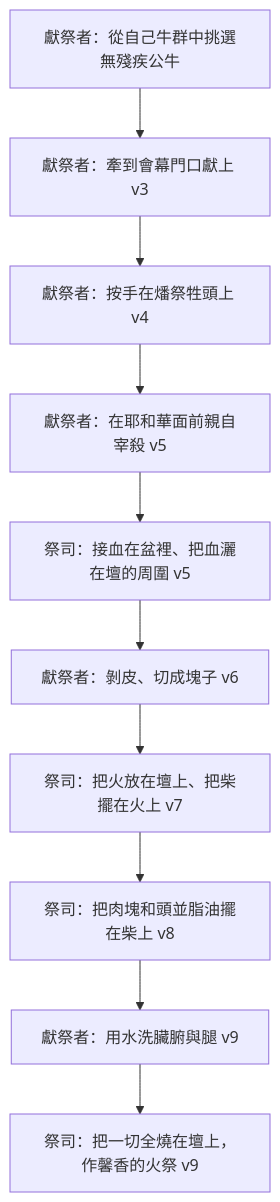
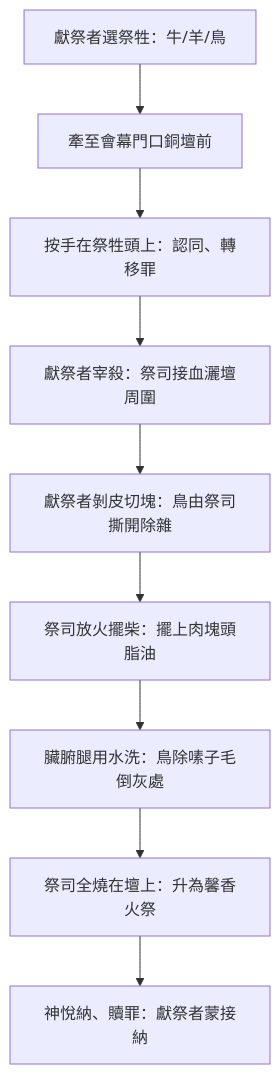
Before and after one commit to andyjr5566/Bible_wiki_zh_website: the diagram in content/03 利未記/第1章.md, drawn with Mermaid. The commit also changed other lines of this file and 2313 other files, not shown here.

````diff
--- a/content/03 利未記/第1章.md
+++ b/content/03 利未記/第1章.md
@@ -127,12 +70,11 @@
 ```mermaid
 flowchart TD
-  A1["獻祭者：從自己牛群中挑選無殘疾公牛"] --> A2["獻祭者：牽到會幕門口獻上 v3"]
-  A2 --> A3["獻祭者：按手在燔祭牲頭上 v4"]
-  A3 --> A4["獻祭者：在耶和華面前親自宰殺 v5"]
-  A4 --> P1["祭司：接血在盆裡、把血灑在壇的周圍 v5"]
-  P1 --> A5["獻祭者：剝皮、切成塊子 v6"]
-  A5 --> P2["祭司：把火放在壇上、把柴擺在火上 v7"]
-  P2 --> P3["祭司：把肉塊和頭並脂油擺在柴上 v8"]
-  P3 --> A6["獻祭者：用水洗臟腑與腿 v9"]
-  A6 --> P4["祭司：把一切全燒在壇上，作馨香的火祭 v9"]
+    A["獻祭者選祭牲：牛/羊/鳥"] --> B["牽至會幕門口銅壇前"]
+    B --> C["按手在祭牲頭上：認同、轉移罪"]
+    C --> D["獻祭者宰殺：祭司接血灑壇周圍"]
+    D --> E["獻祭者剝皮切塊：鳥由祭司撕開除雜"]
+    E --> F["祭司放火擺柴：擺上肉塊頭脂油"]
+    F --> G["臟腑腿用水洗：鳥除嗉子毛倒灰處"]
+    G --> H["祭司全燒在壇上：升為馨香火祭"]
+    H --> I["神悅納、贖罪：獻祭者蒙接納"]
 ```
````
